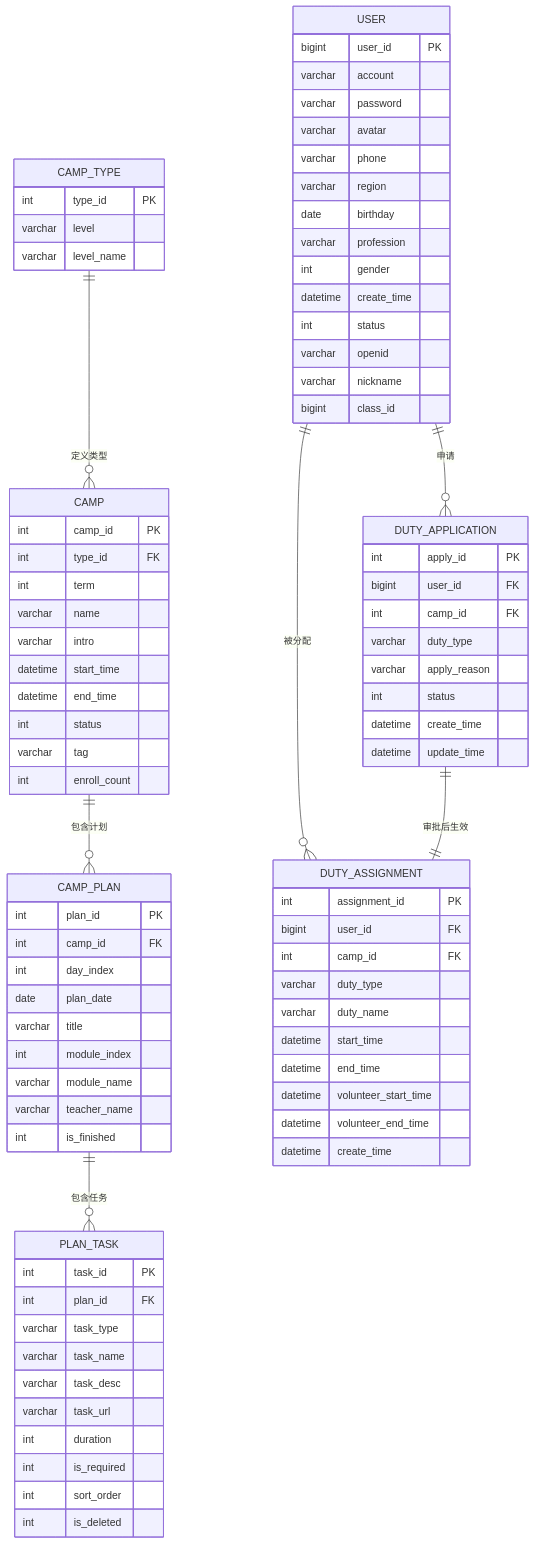
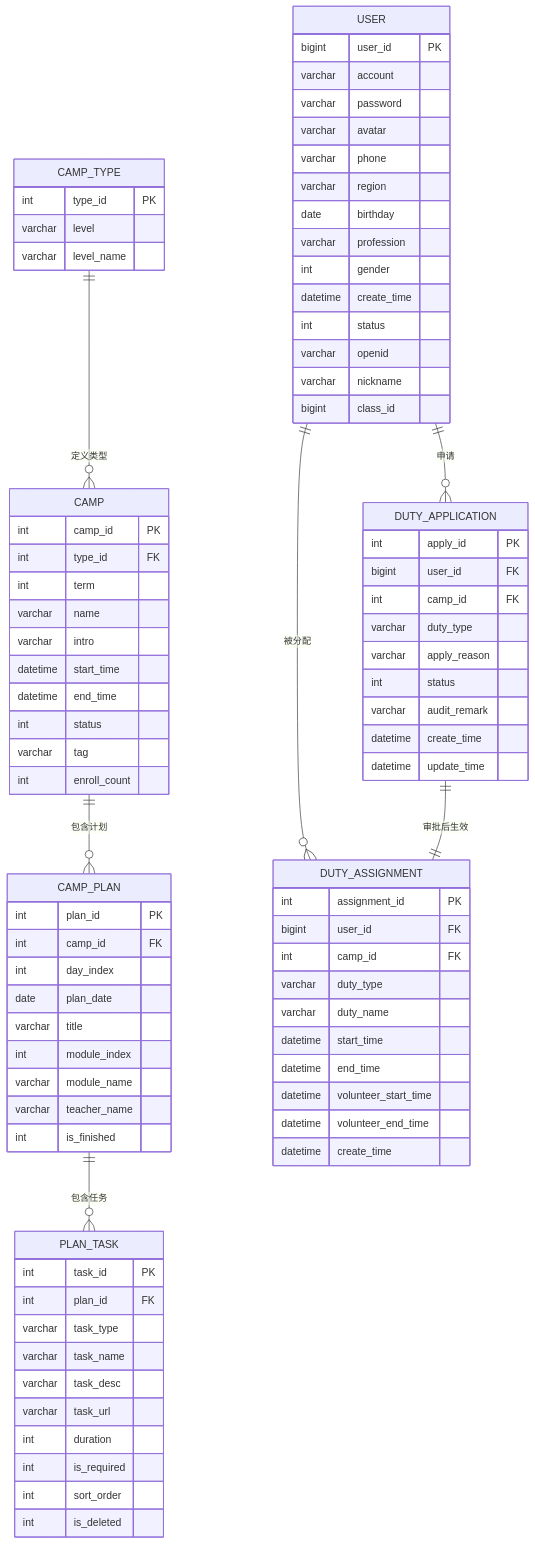
The second of 3 diagrams in .qoder/repowiki/zh/content/数据模型设计/数据模型设计.md (gaozihaowin/-), drawn with Mermaid before and after one commit. The commit also changed other lines of this file and 9 other files, not shown here.

```diff
--- a/.qoder/repowiki/zh/content/数据模型设计/数据模型设计.md
+++ b/.qoder/repowiki/zh/content/数据模型设计/数据模型设计.md
@@ -197,6 +249,7 @@
 varchar duty_type
 varchar apply_reason
 int status
+varchar audit_remark
 datetime create_time
 datetime update_time
 }
```
